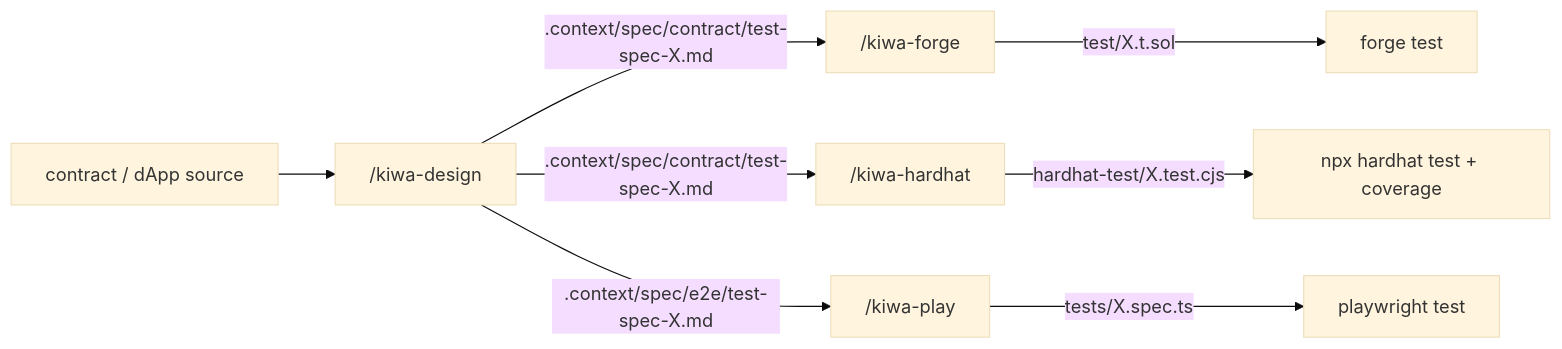
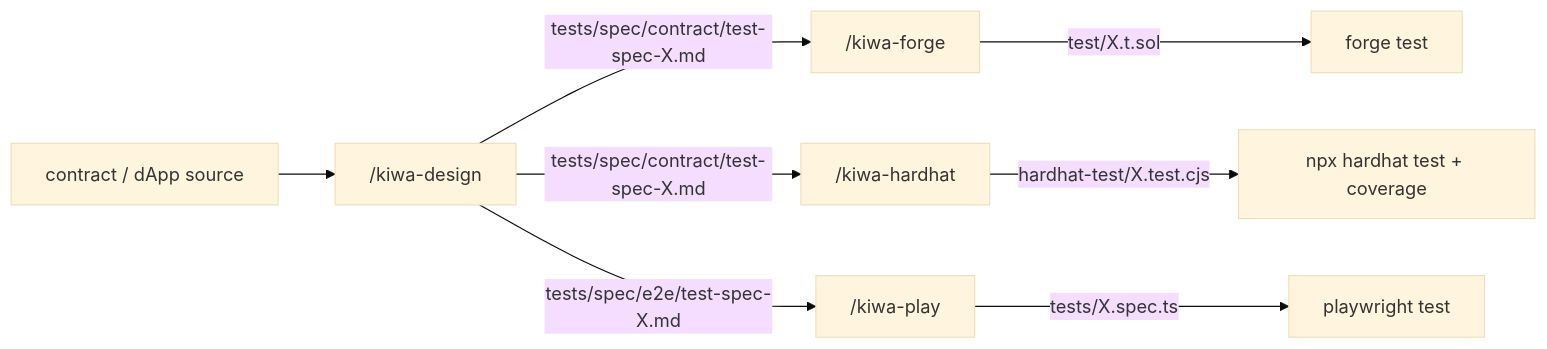
One commit to cardene777/kiwa changed the diagram in tests/docs/README.ja.md. Above: the diagram before and after it, drawn with Mermaid (base theme). The commit also changed other lines of this file and 21 other files, not shown here.

First line of the commit message:
🐛 fix(skills+docs): test 仕様書 path を .context/spec/ から tests/spec/ (repo root tracked) に統一 (#215)

````diff
--- a/tests/docs/README.ja.md
+++ b/tests/docs/README.ja.md
@@ -25,10 +25,10 @@
 ```mermaid
 graph LR
     A[contract / dApp source] --> B["/kiwa-design"]
-    B -->|.context/spec/contract/test-spec-X.md| C["/kiwa-forge"]
-    B -->|.context/spec/contract/test-spec-X.md| D["/kiwa-hardhat"]
-    B -->|.context/spec/e2e/test-spec-X.md| E["/kiwa-play"]
+    B -->|tests/spec/contract/test-spec-X.md| C["/kiwa-forge"]
+    B -->|tests/spec/contract/test-spec-X.md| D["/kiwa-hardhat"]
+    B -->|tests/spec/e2e/test-spec-X.md| E["/kiwa-play"]
     C -->|test/X.t.sol| F[forge test]
     D -->|hardhat-test/X.test.cjs| G[npx hardhat test + coverage]
     E -->|tests/X.spec.ts| H[playwright test]
 ```
````
